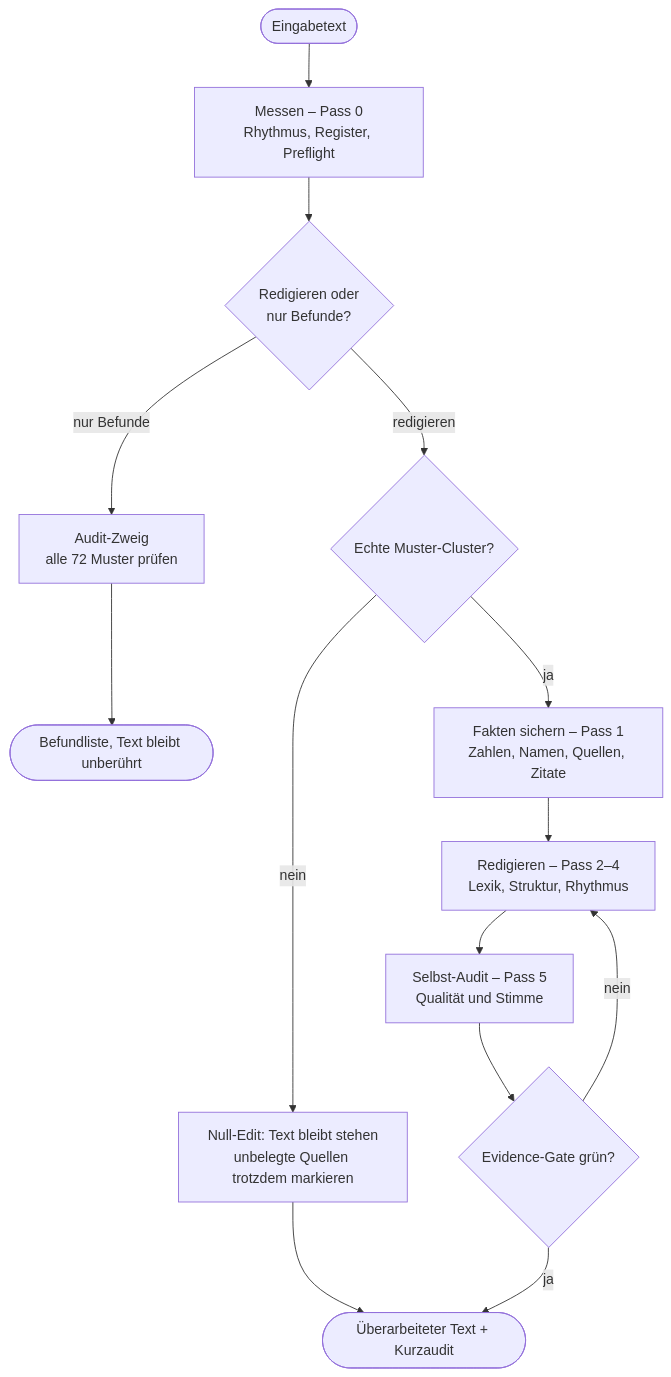
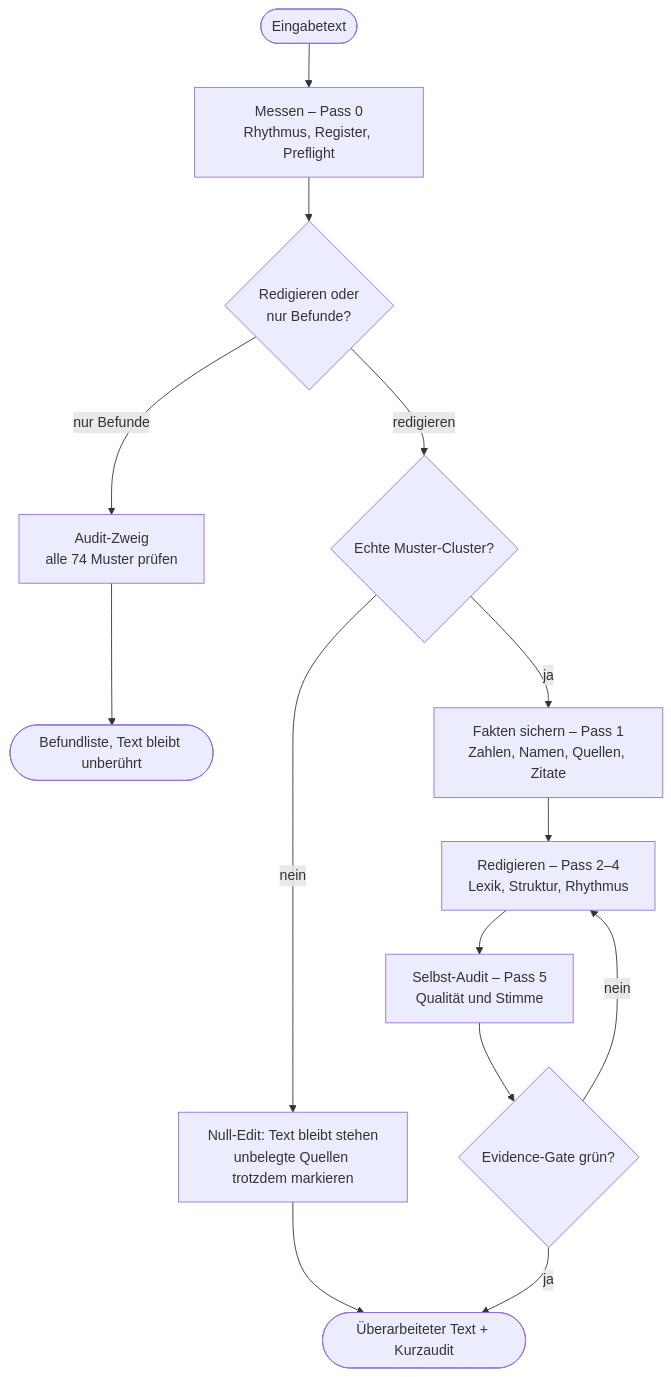
One commit to F-DK/humanizer-de changed the diagram in README.md. Above: the diagram before and after it, drawn with Mermaid. The commit also changed other lines of this file and 15 other files, not shown here.

````diff
--- a/README.md
+++ b/README.md
@@ -591,16 +591,16 @@
 ```mermaid
 flowchart TD
     T([Eingabetext]) --> M["Messen – Pass 0<br/>Rhythmus, Register, Preflight"]
     M --> Z{"Redigieren oder<br/>nur Befunde?"}
-    Z -- "nur Befunde" --> AU["Audit-Zweig<br/>alle 72 Muster prüfen"]
+    Z -- "nur Befunde" --> AU["Audit-Zweig<br/>alle 74 Muster prüfen"]
     AU --> B([Befundliste, Text bleibt unberührt])
     Z -- redigieren --> C{"Echte Muster-Cluster?"}
     C -- nein --> N["Null-Edit: Text bleibt stehen<br/>unbelegte Quellen trotzdem markieren"]
     N --> O
     C -- ja --> E["Fakten sichern – Pass 1<br/>Zahlen, Namen, Quellen, Zitate"]
     E --> R["Redigieren – Pass 2–4<br/>Lexik, Struktur, Rhythmus"]
     R --> A["Selbst-Audit – Pass 5<br/>Qualität und Stimme"]
     A --> G{"Evidence-Gate grün?"}
     G -- nein --> R
     G -- ja --> O([Überarbeiteter Text + Kurzaudit])
 ```
````
